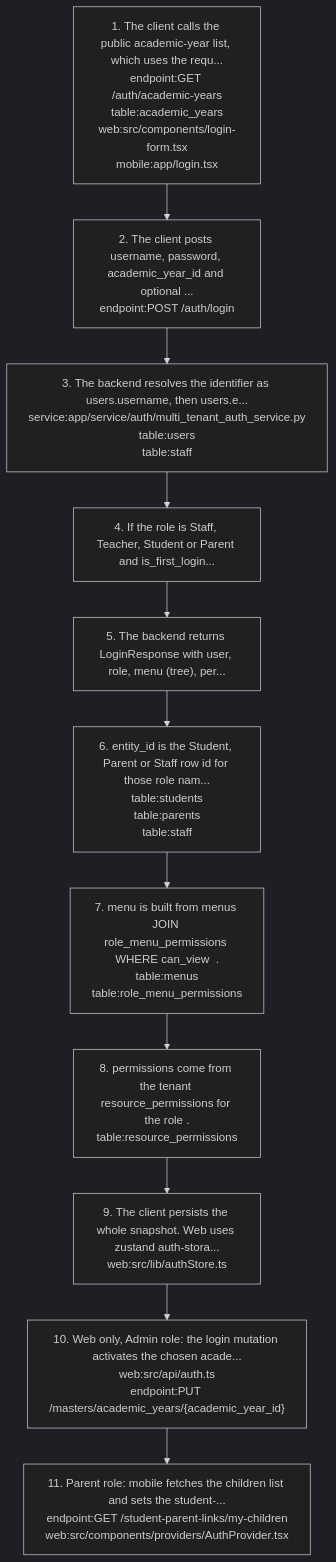
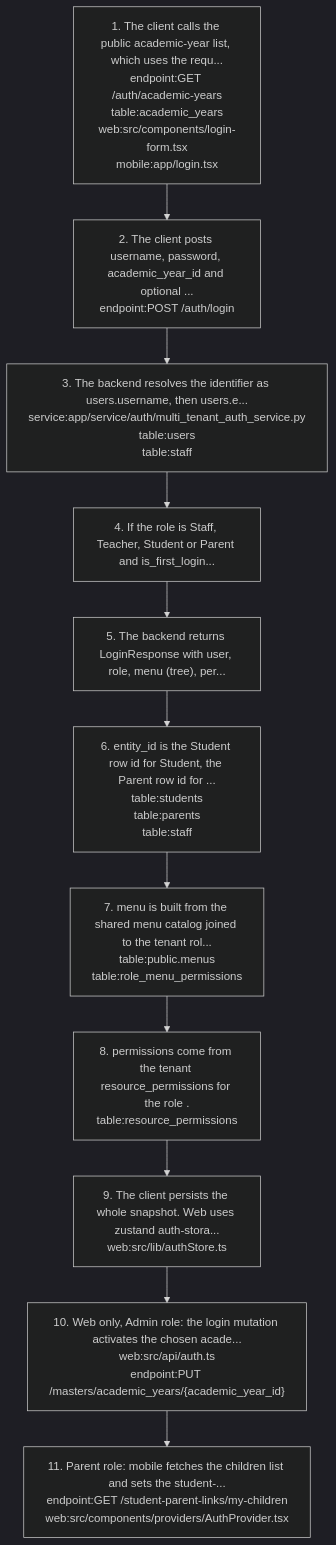
Before and after one commit to nerellasraj21/cos360_full_app: the fifth of 7 diagrams in docs/graph/views/auth.md, drawn with Mermaid (dark theme). The commit also changed other lines of this file and 44 other files, not shown here.

First line of the commit message:
Re-verify project docs and knowledge graph against current code

````diff
--- a/docs/graph/views/auth.md
+++ b/docs/graph/views/auth.md
@@ -271,24 +271,24 @@
 ```mermaid
 flowchart TD
   s1["1. The client calls the public academic-year list, which uses the requ...<br/>endpoint:GET /auth/academic-years<br/>table:academic_years<br/>web:src/components/login-form.tsx<br/>mobile:app/login.tsx"]
   s2["2. The client posts username, password, academic_year_id and optional ...<br/>endpoint:POST /auth/login"]
   s1 --> s2
   s3["3. The backend resolves the identifier as users.username, then users.e...<br/>service:app/service/auth/multi_tenant_auth_service.py<br/>table:users<br/>table:staff"]
   s2 --> s3
   s4["4. If the role is Staff, Teacher, Student or Parent and is_first_login..."]
   s3 --> s4
   s5["5. The backend returns LoginResponse with user, role, menu (tree), per..."]
   s4 --> s5
-  s6["6. entity_id is the Student, Parent or Staff row id for those role nam...<br/>table:students<br/>table:parents<br/>table:staff"]
+  s6["6. entity_id is the Student row id for Student, the Parent row id for ...<br/>table:students<br/>table:parents<br/>table:staff"]
   s5 --> s6
-  s7["7. menu is built from menus JOIN role_menu_permissions WHERE can_view  .<br/>table:menus<br/>table:role_menu_permissions"]
+  s7["7. menu is built from the shared menu catalog joined to the tenant rol...<br/>table:public.menus<br/>table:role_menu_permissions"]
   s6 --> s7
   s8["8. permissions come from the tenant resource_permissions for the role .<br/>table:resource_permissions"]
   s7 --> s8
   s9["9. The client persists the whole snapshot. Web uses zustand auth-stora...<br/>web:src/lib/authStore.ts"]
   s8 --> s9
   s10["10. Web only, Admin role: the login mutation activates the chosen acade...<br/>web:src/api/auth.ts<br/>endpoint:PUT /masters/academic_years/{academic_year_id}"]
   s9 --> s10
   s11["11. Parent role: mobile fetches the children list and sets the student-...<br/>endpoint:GET /student-parent-links/my-children<br/>web:src/components/providers/AuthProvider.tsx"]
   s10 --> s11
 ```
````
